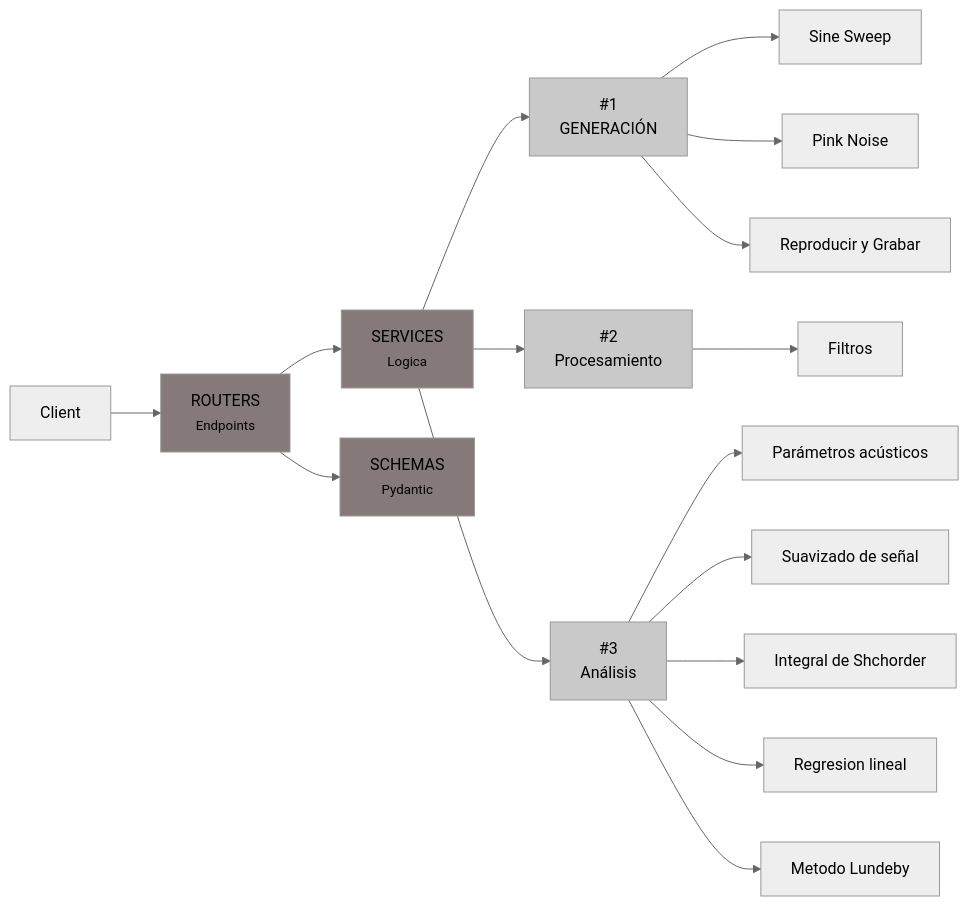
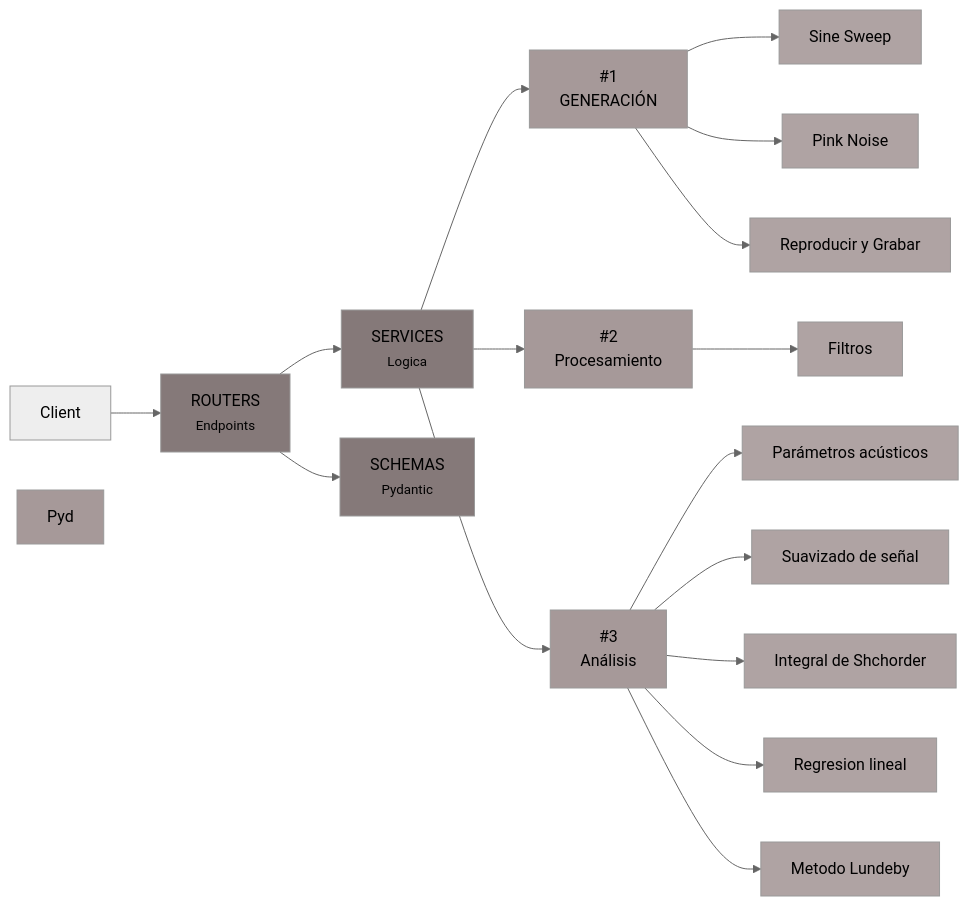
The diagram in README.md (fedee01/trabajo-practico-ss), drawn with Mermaid (neutral theme) before and after one commit.

Commit message:
Change colors

````diff
--- a/README.md
+++ b/README.md
@@ -60,28 +60,37 @@
 ```mermaid
 graph LR
 Client --> R[ROUTERS<br><small>Endpoints</small>]
 R --> S[SERVICES<br><small>Logica</small>]
 S --> Gen[#1<br>GENERACIÓN]
 Gen --> SS[Sine Sweep]
 Gen --> PN[Pink Noise]
 Gen --> Rec[Reproducir y Grabar]
 S --> Proc[#2<br>Procesamiento]
 Proc --> F[Filtros]
 S --> An[#3<br>Análisis]
 An --> Par[Parámetros acústicos]
 An -->Sua[Suavizado de señal]
 An -->InS[Integral de Shchorder]
 An -->Reg[Regresion lineal]
 An -->Mlun[Metodo Lundeby]
 R --> Sch[SCHEMAS<br><small>Pydantic</small>]
 
 style S fill: #857979
 style Sch fill: #857979
 style R fill: #857979
-style Gen fill: #c9c9c9
-style Proc fill: #c9c9c9
-style An fill: #c9c9c9
+style Gen fill: #a69999
+style Proc fill: #a69999
+style An fill: #a69999
+style Pyd fill: #a69999
 style Par fill: #turquoise
-
+style SS fill: #AFA3A3
+style PN fill: #AFA3A3
+style Rec fill: #AFA3A3
+style F fill: #AFA3A3
+style Par fill: #AFA3A3
+style Sua fill: #AFA3A3
+style InS fill: #AFA3A3
+style Reg fill: #AFA3A3
+style Mlun fill: #AFA3A3
 
 ```
````
